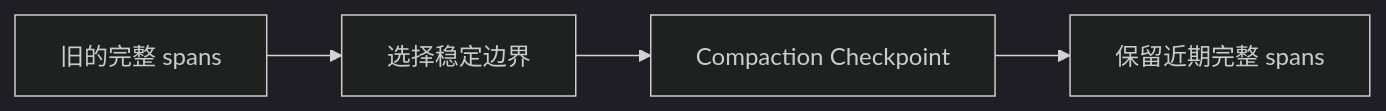
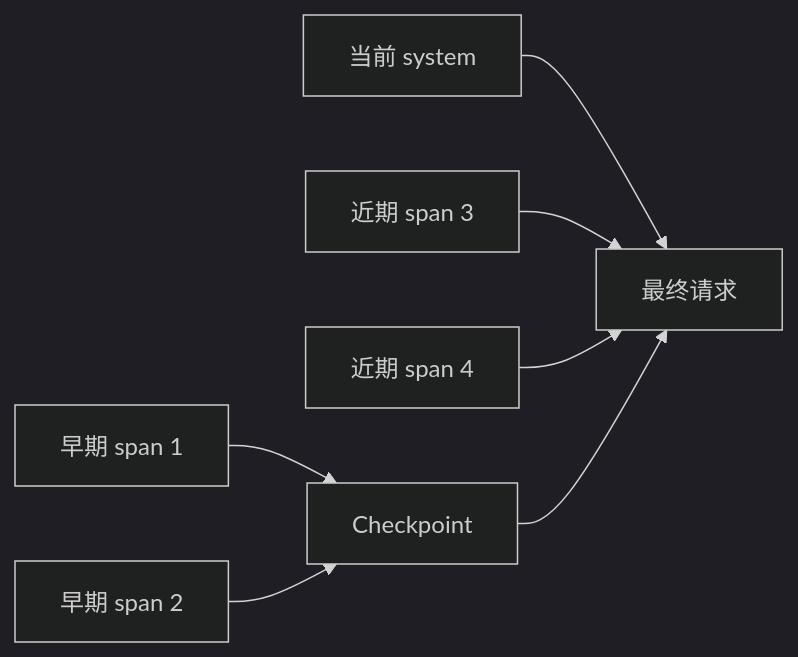
Before and after one commit to Arthur999459up/GitAgent: the ninth of 18 diagrams in docs/10-context-governance-and-read-state.md, drawn with Mermaid (dark theme). The commit also changed other lines of this file and 3 other files, not shown here.

````diff
--- a/docs/10-context-governance-and-read-state.md
+++ b/docs/10-context-governance-and-read-state.md
@@ -99,6 +338,9 @@
 ```mermaid
 flowchart LR
-    H[旧的完整 spans] --> S[选择稳定边界]
-    S --> C[Compaction Checkpoint]
-    C --> R[保留近期完整 spans]
+    S[当前 system] --> O
+    H1[早期 span 1] --> C[Checkpoint]
+    H2[早期 span 2] --> C
+    H3[近期 span 3] --> O[最终请求]
+    H4[近期 span 4] --> O
+    C --> O
 ```
````
